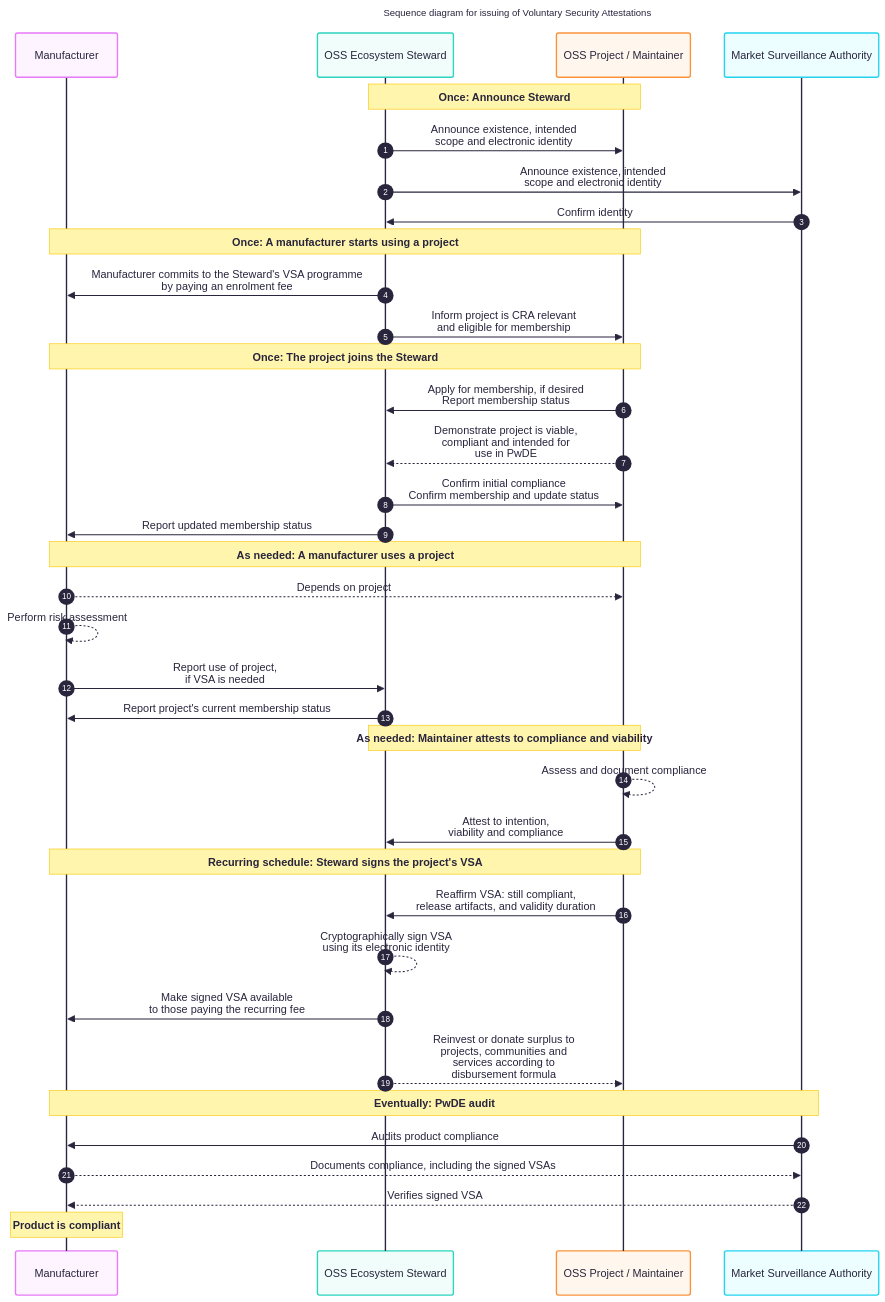
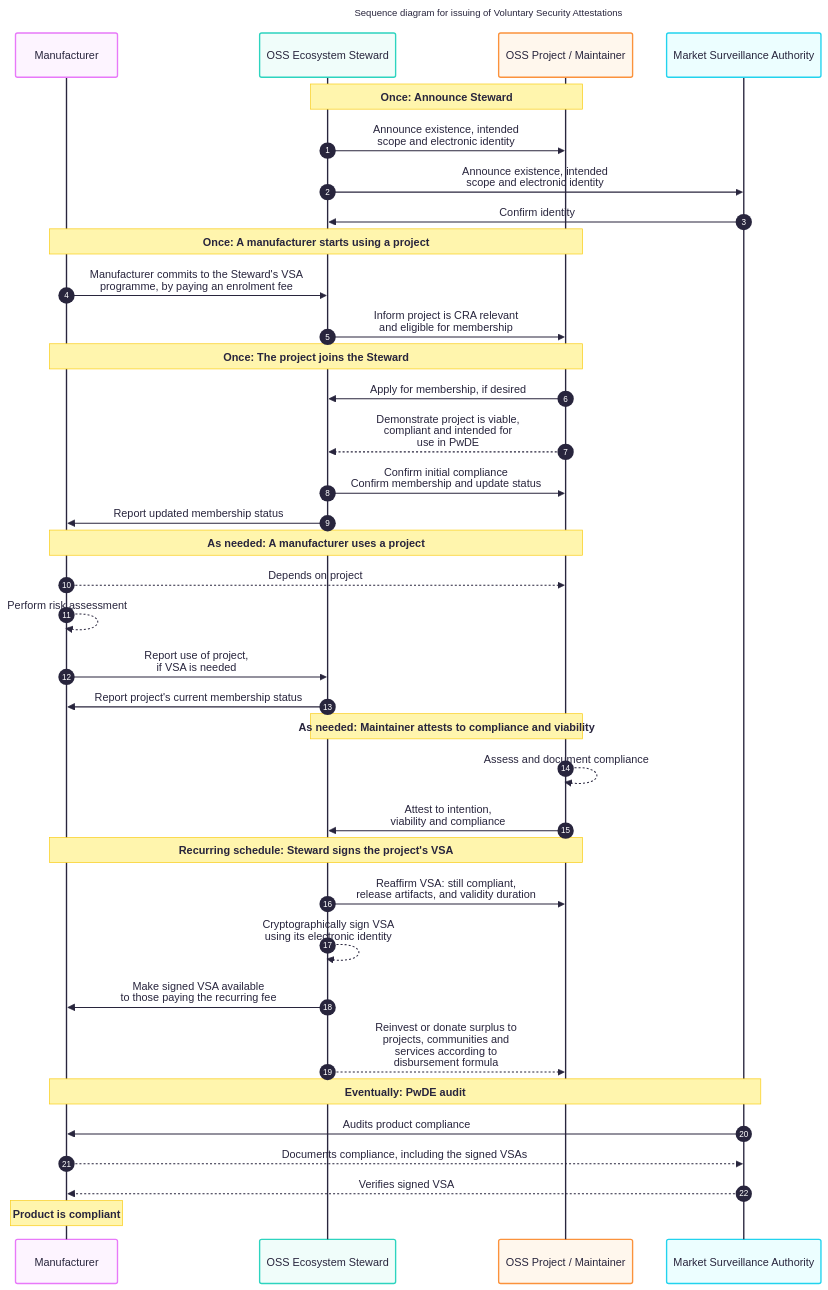
One commit to CPAN-Security/security.metacpan.org changed the diagram in docs/ecosystem-steward.md. Above: the diagram before and after it, drawn with Mermaid. The commit also changed other lines of this file, not shown here.

````diff
--- a/docs/ecosystem-steward.md
+++ b/docs/ecosystem-steward.md
@@ -263,45 +263,45 @@
 ```mermaid
 ---
 title: Sequence diagram for issuing of Voluntary Security Attestations
 config:
     theme: redux-color
     layout: elk
     look: classic
 ---
 sequenceDiagram
     autonumber
     participant MFG as Manufacturer
     participant ES as OSS Ecosystem Steward
     participant OSS as OSS Project / Maintainer
     participant MSA as Market Surveillance Authority
     note over ES,OSS: Once: Announce Steward
     ES->>OSS:   Announce existence, intended<br>scope and electronic identity
     ES->>MSA:   Announce existence, intended<br>scope and electronic identity
     MSA->>ES:   Confirm identity
     note over MFG,OSS: Once: A manufacturer starts using a project
-    ES->>MFG:   Manufacturer commits to the Steward's VSA programme<br>by paying an enrolment fee
+    MFG->>ES:   Manufacturer commits to the Steward's VSA<br>programme, by paying an enrolment fee
     ES->>OSS:   Inform project is CRA relevant<br>and eligible for membership
     note over MFG,OSS: Once: The project joins the Steward
-    OSS->>ES:   Apply for membership, if desired<br>Report membership status
+    OSS->>ES:   Apply for membership, if desired
     OSS-->>ES:  Demonstrate project is viable,<br> compliant and intended for<br>use in PwDE
     ES->>OSS:   Confirm initial compliance<br>Confirm membership and update status
     ES->>MFG:   Report updated membership status
     note over MFG,OSS: As needed: A manufacturer uses a project
     MFG-->>OSS: Depends on project
     MFG-->>MFG: Perform risk assessment
     MFG->>ES:   Report use of project,<br>if VSA is needed
     ES->>MFG:   Report project's current membership status
     note over ES,OSS: As needed: Maintainer attests to compliance and viability
     OSS-->>OSS:  Assess and document compliance
     OSS->>ES:    Attest to intention,<br>viability and compliance
     note over MFG,OSS: Recurring schedule: Steward signs the project's VSA
-    OSS->>ES:    Reaffirm VSA: still compliant,<br>release artifacts, and validity duration
+    ES->>OSS:    Reaffirm VSA: still compliant,<br>release artifacts, and validity duration
     ES-->>ES:    Cryptographically sign VSA<br>using its electronic identity
     ES->>MFG:    Make signed VSA available<br>to those paying the recurring fee
     ES-->>OSS:   Reinvest or donate surplus to<br>projects, communities and<br>services according to<br>disbursement formula
     note over MSA,MFG: Eventually: PwDE audit
     MSA->>MFG:   Audits product compliance
     MFG-->>MSA:  Documents compliance, including the signed VSAs
     MSA-->>MFG:  Verifies signed VSA
     note over MFG: Product is compliant
 ```
````
